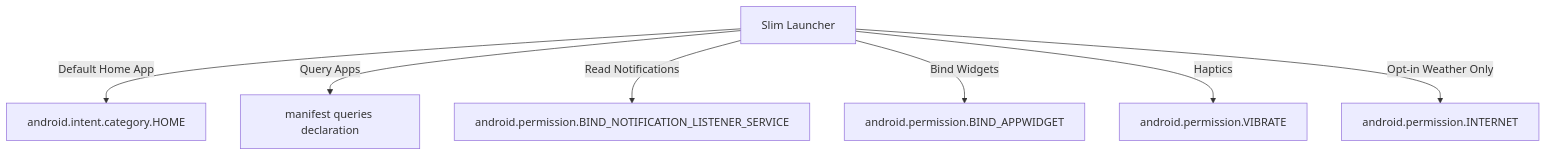
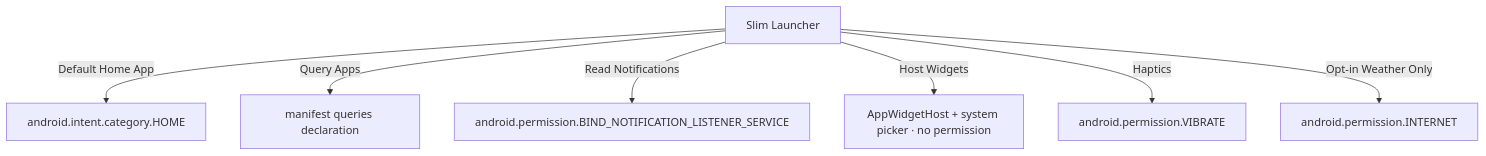
The diagram in docs/architecture/system_requirements.md (OpScaleHub/Slim), drawn with Mermaid before and after one commit. The commit also changed other lines of this file and 4 other files, not shown here.

````diff
--- a/docs/architecture/system_requirements.md
+++ b/docs/architecture/system_requirements.md
@@ -22,9 +22,9 @@
 ```mermaid
 graph TD
     Launcher[Slim Launcher] -->|Default Home App| Home[android.intent.category.HOME]
     Launcher -->|Query Apps| Query[manifest queries declaration]
     Launcher -->|Read Notifications| NListener[android.permission.BIND_NOTIFICATION_LISTENER_SERVICE]
-    Launcher -->|Bind Widgets| Widget[android.permission.BIND_APPWIDGET]
+    Launcher -->|Host Widgets| Widget[AppWidgetHost + system picker · no permission]
     Launcher -->|Haptics| Vibe[android.permission.VIBRATE]
     Launcher -->|Opt-in Weather Only| Net[android.permission.INTERNET]
 ```
````
